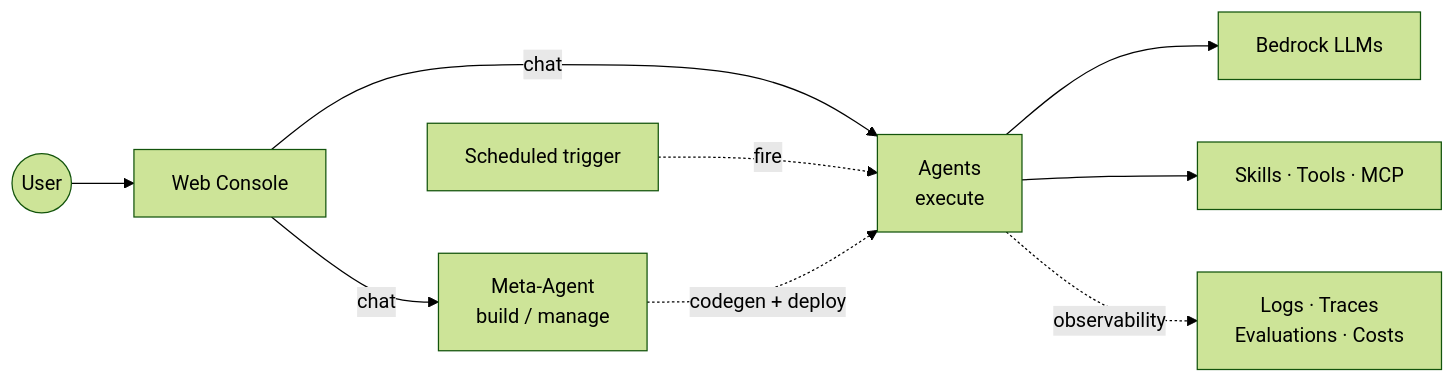
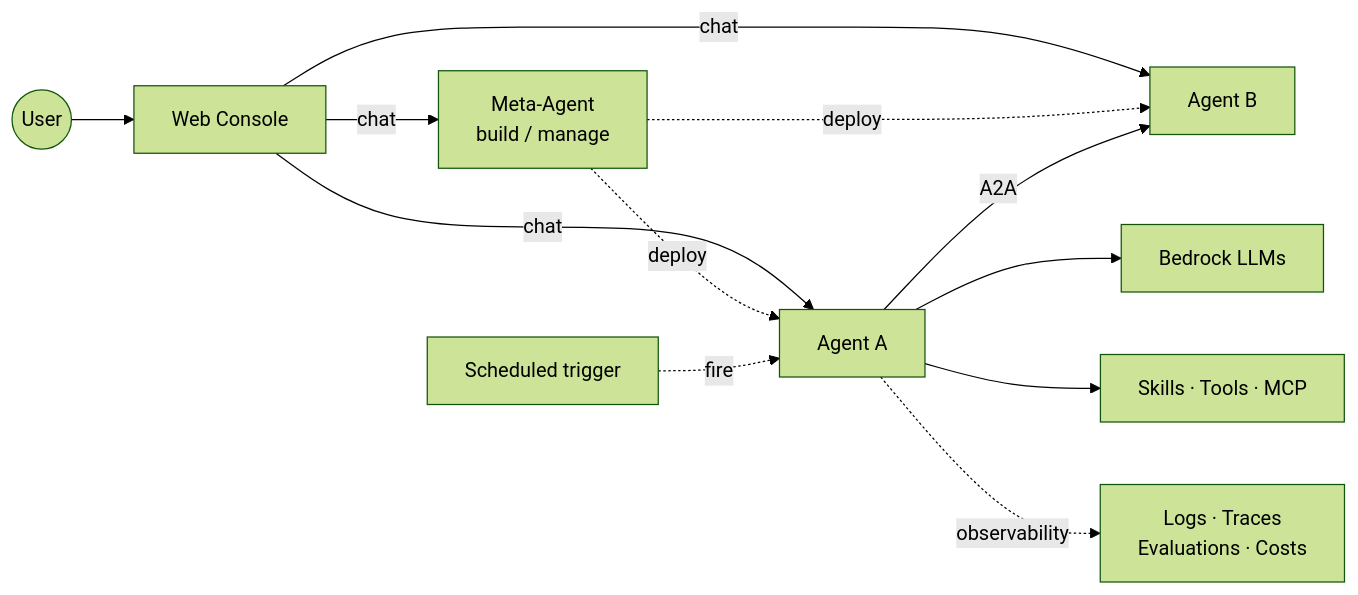
The second of 2 diagrams in README.md (ddpie/agent-studio), drawn with Mermaid (forest theme) before and after one commit. The commit also changed other lines of this file, not shown here.

Commit message:
docs(readme): split Agents into A/B nodes to surface A2A inter-agent calls

````diff
--- a/README.md
+++ b/README.md
@@ -104,12 +107,15 @@
 ```mermaid
 graph LR
     User((User)) --> Web[Web Console]
     Cron[Scheduled trigger]
     Web -->|chat| Meta[Meta-Agent<br/>build / manage]
-    Web -->|chat| Agents[Agents<br/>execute]
-    Cron -.fire.-> Agents
-    Meta -.codegen + deploy.-> Agents
-    Agents --> LLM[Bedrock LLMs]
-    Agents --> Ext[Skills · Tools · MCP]
-    Agents -.observability.-> Obs[Logs · Traces<br/>Evaluations · Costs]
+    Web -->|chat| A1[Agent A]
+    Web -->|chat| A2[Agent B]
+    Meta -.deploy.-> A1
+    Meta -.deploy.-> A2
+    Cron -.fire.-> A1
+    A1 -->|A2A| A2
+    A1 --> LLM[Bedrock LLMs]
+    A1 --> Ext[Skills · Tools · MCP]
+    A1 -.observability.-> Obs[Logs · Traces<br/>Evaluations · Costs]
 ```
````
